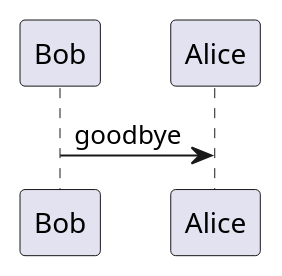
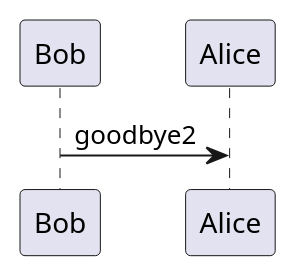
Before and after one commit to PaulWheatcroft/payment: the second of 2 diagrams in docs/index.md, drawn with PlantUML. The commit also changed other lines of this file, not shown here.

````diff
--- a/docs/index.md
+++ b/docs/index.md
@@ -21,5 +22,6 @@
 ```plantuml
+!include <C4/C4_Container>
 @startuml
-Bob -> Alice : goodbye
+Bob -> Alice : goodbye2
 @enduml
 ```
````
